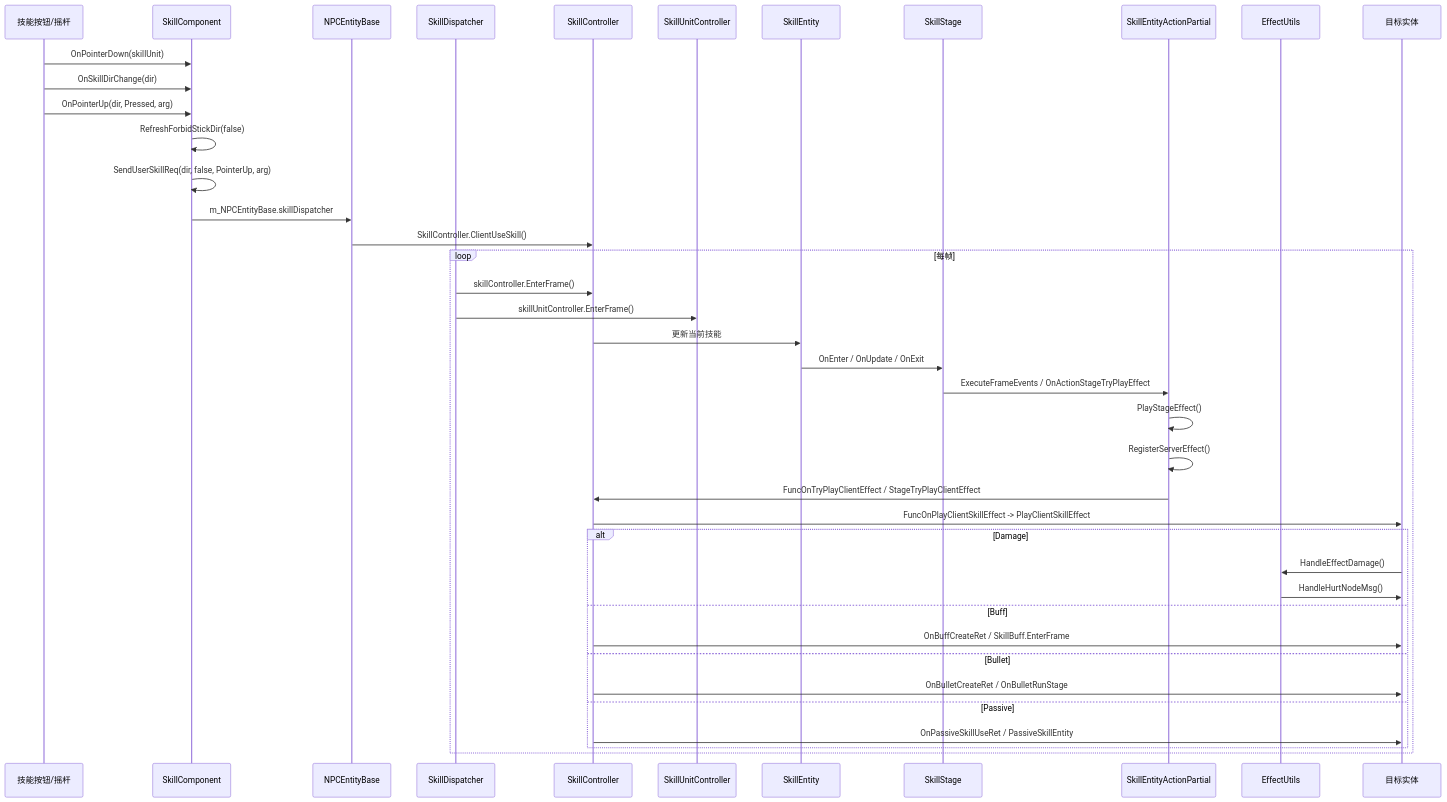
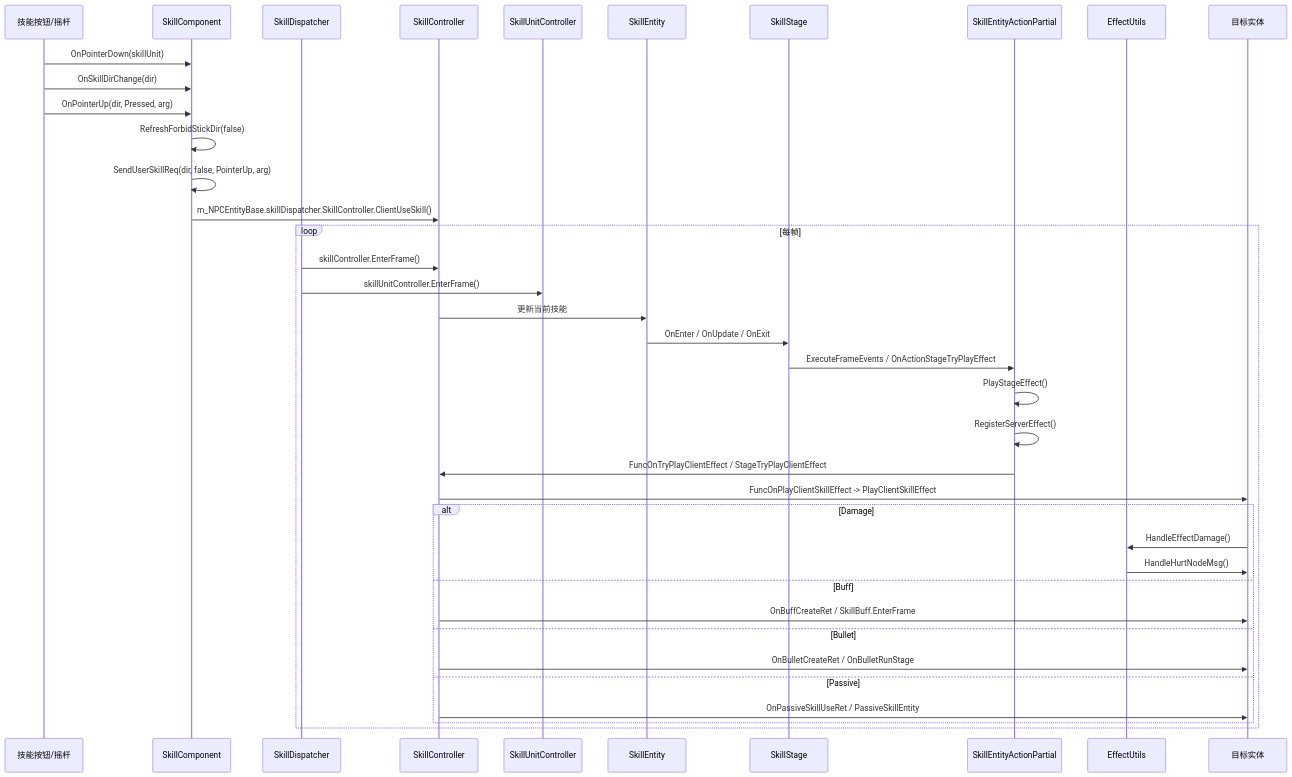
The second of 2 diagrams in diagrams/battle/FLOW_SKILL_CAST_FULL.md (BoyLei/Stars), drawn with Mermaid before and after one commit. The commit also changed other lines of this file and 15 other files, not shown here.

````diff
--- a/diagrams/battle/FLOW_SKILL_CAST_FULL.md
+++ b/diagrams/battle/FLOW_SKILL_CAST_FULL.md
@@ -108,44 +108,42 @@
 ```mermaid
 sequenceDiagram
     participant UI as 技能按钮/摇杆
     participant SCmp as SkillComponent
-    participant NPC as NPCEntityBase
     participant SD as SkillDispatcher
     participant SCtrl as SkillController
     participant SUC as SkillUnitController
     participant SE as SkillEntity
     participant Stage as SkillStage
     participant Act as SkillEntityActionPartial
     participant EU as EffectUtils
     participant Target as 目标实体
 
     UI->>SCmp: OnPointerDown(skillUnit)
     UI->>SCmp: OnSkillDirChange(dir)
     UI->>SCmp: OnPointerUp(dir, Pressed, arg)
     SCmp->>SCmp: RefreshForbidStickDir(false)
     SCmp->>SCmp: SendUserSkillReq(dir, false, PointerUp, arg)
-    SCmp->>NPC: m_NPCEntityBase.skillDispatcher
-    NPC->>SCtrl: SkillController.ClientUseSkill()
+    SCmp->>SCtrl: m_NPCEntityBase.skillDispatcher.SkillController.ClientUseSkill()
 
     loop 每帧
         SD->>SCtrl: skillController.EnterFrame()
         SD->>SUC: skillUnitController.EnterFrame()
         SCtrl->>SE: 更新当前技能
         SE->>Stage: OnEnter / OnUpdate / OnExit
         Stage->>Act: ExecuteFrameEvents / OnActionStageTryPlayEffect
         Act->>Act: PlayStageEffect()
         Act->>Act: RegisterServerEffect()
         Act->>SCtrl: FuncOnTryPlayClientEffect / StageTryPlayClientEffect
         SCtrl->>Target: FuncOnPlayClientSkillEffect -> PlayClientSkillEffect
         alt Damage
             Target->>EU: HandleEffectDamage()
             EU->>Target: HandleHurtNodeMsg()
         else Buff
             SCtrl->>Target: OnBuffCreateRet / SkillBuff.EnterFrame
         else Bullet
             SCtrl->>Target: OnBulletCreateRet / OnBulletRunStage
         else Passive
             SCtrl->>Target: OnPassiveSkillUseRet / PassiveSkillEntity
         end
     end
 ```
````
